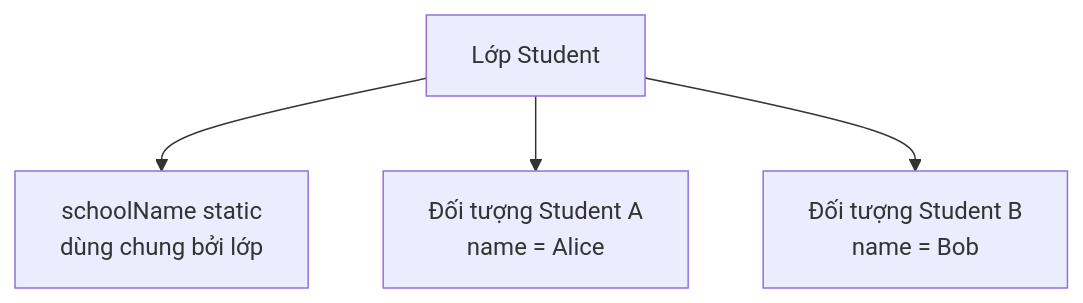
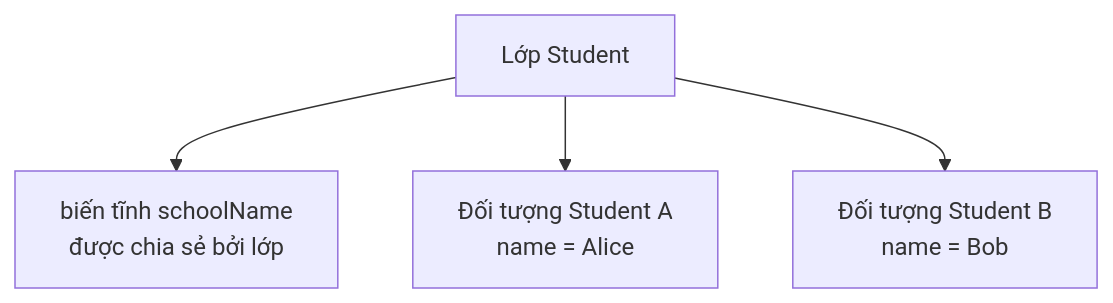
The first of 2 diagrams in vi/04-variables-constants/theory/01-variable-categories.md (PhuThien2005/theoretical-of-java-core), drawn with Mermaid before and after one commit. The commit also changed other lines of this file and 229 other files, not shown here.

````diff
--- a/vi/04-variables-constants/theory/01-variable-categories.md
+++ b/vi/04-variables-constants/theory/01-variable-categories.md
@@ -77,6 +77,6 @@
 ```mermaid
 flowchart TD
-    C[Lớp Student] --> S[schoolName static<br>dùng chung bởi lớp]
+    C[Lớp Student] --> S[biến tĩnh schoolName<br>được chia sẻ bởi lớp]
     C --> A[Đối tượng Student A<br>name = Alice]
     C --> B[Đối tượng Student B<br>name = Bob]
 ```
````
